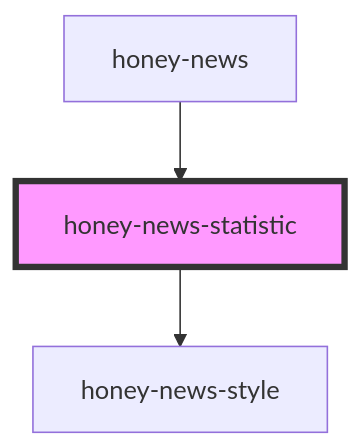
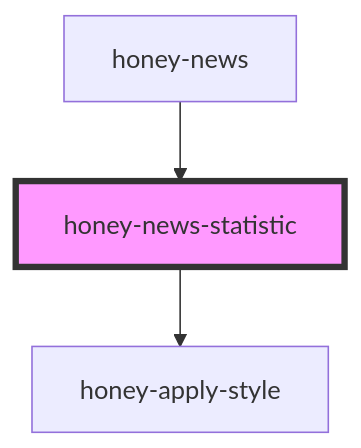
One commit to Huluvu424242/honey-news changed the diagram in src/components/honey-news/statistic/readme.md. Above: the diagram before and after it, drawn with Mermaid. The commit also changed other lines of this file and 23 other files, not shown here.

````diff
--- a/src/components/honey-news/statistic/readme.md
+++ b/src/components/honey-news/statistic/readme.md
@@ -39,6 +39,6 @@
 ```mermaid
 graph TD;
-  honey-news-statistic --> honey-news-style
+  honey-news-statistic --> honey-apply-style
   honey-news --> honey-news-statistic
   style honey-news-statistic fill:#f9f,stroke:#333,stroke-width:4px
 ```
````
